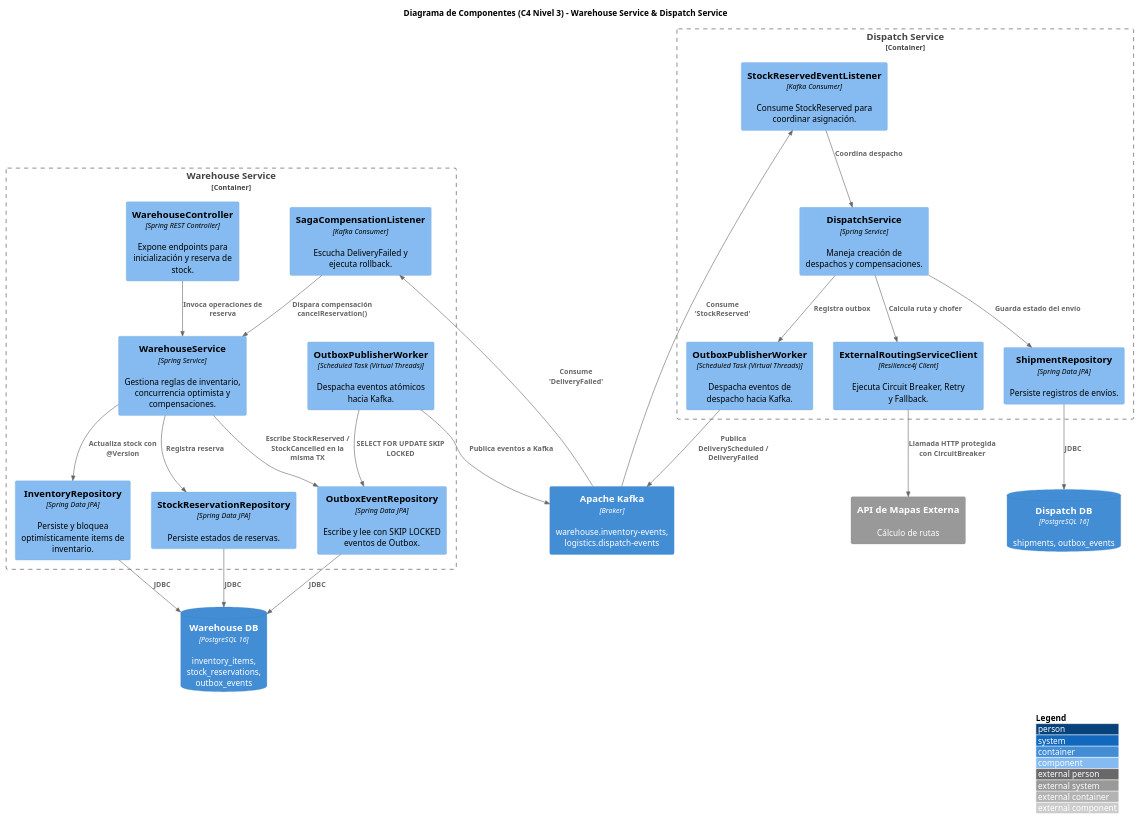
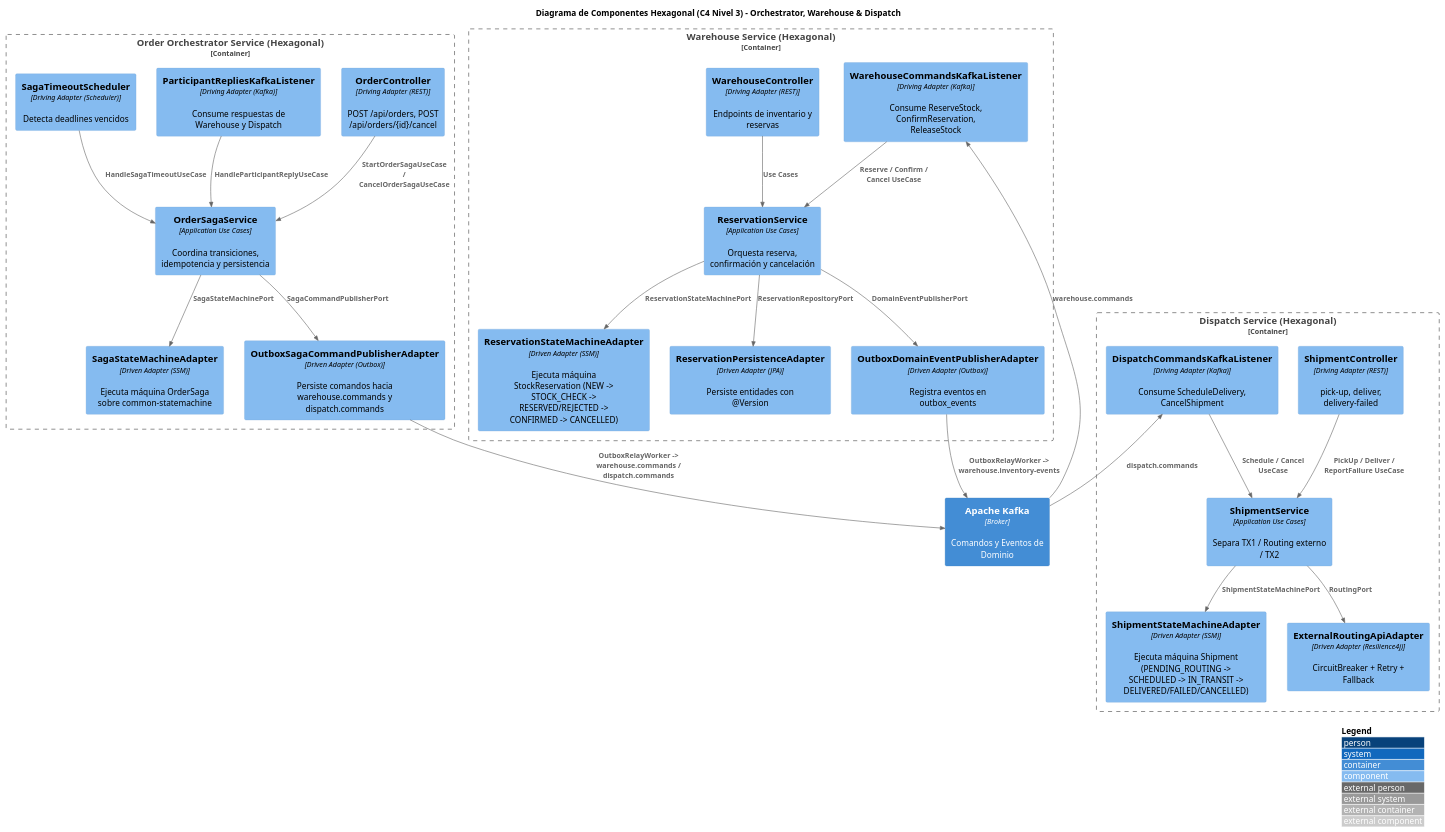
One commit to NoeliaRominaAcosta/ApexLogistica changed the diagram in docs/c4-model/components.puml. Above: the diagram before and after it, drawn with PlantUML. The commit also changed 215 other files, not shown here.

Commit message:
feat: implement Spring State Machine, hexagonal architecture, and orchestrated saga

```diff
--- a/docs/c4-model/components.puml
+++ b/docs/c4-model/components.puml
@@ -1,55 +1,57 @@
 @startuml FastDrop_C4_Components
 !include https://raw.githubusercontent.com/plantuml-stdlib/C4-PlantUML/master/C4_Component.puml
 
 LAYOUT_WITH_LEGEND()
 
-title Diagrama de Componentes (C4 Nivel 3) - Warehouse Service & Dispatch Service
+title Diagrama de Componentes Hexagonal (C4 Nivel 3) - Orchestrator, Warehouse & Dispatch
 
-Container_Boundary(warehouse_boundary, "Warehouse Service") {
-    Component(wh_controller, "WarehouseController", "Spring REST Controller", "Expone endpoints para inicialización y reserva de stock.")
-    Component(wh_service, "WarehouseService", "Spring Service", "Gestiona reglas de inventario, concurrencia optimista y compensaciones.")
-    Component(inv_repo, "InventoryRepository", "Spring Data JPA", "Persiste y bloquea optimísticamente items de inventario.")
-    Component(res_repo, "StockReservationRepository", "Spring Data JPA", "Persiste estados de reservas.")
-    Component(wh_outbox_repo, "OutboxEventRepository", "Spring Data JPA", "Escribe y lee con SKIP LOCKED eventos de Outbox.")
-    Component(wh_outbox_worker, "OutboxPublisherWorker", "Scheduled Task (Virtual Threads)", "Despacha eventos atómicos hacia Kafka.")
-    Component(wh_saga_listener, "SagaCompensationListener", "Kafka Consumer", "Escucha DeliveryFailed y ejecuta rollback.")
+Container_Boundary(orchestrator_boundary, "Order Orchestrator Service (Hexagonal)") {
+    Component(orch_in_rest, "OrderController", "Driving Adapter (REST)", "POST /api/orders, POST /api/orders/{id}/cancel")
+    Component(orch_in_kafka, "ParticipantRepliesKafkaListener", "Driving Adapter (Kafka)", "Consume respuestas de Warehouse y Dispatch")
+    Component(orch_in_sched, "SagaTimeoutScheduler", "Driving Adapter (Scheduler)", "Detecta deadlines vencidos")
+    Component(orch_app, "OrderSagaService", "Application Use Cases", "Coordina transiciones, idempotencia y persistencia")
+    Component(orch_sm_out, "SagaStateMachineAdapter", "Driven Adapter (SSM)", "Ejecuta máquina OrderSaga sobre common-statemachine")
+    Component(orch_outbox_out, "OutboxSagaCommandPublisherAdapter", "Driven Adapter (Outbox)", "Persiste comandos hacia warehouse.commands y dispatch.commands")
 }
 
-Container_Boundary(dispatch_boundary, "Dispatch Service") {
-    Component(disp_listener, "StockReservedEventListener", "Kafka Consumer", "Consume StockReserved para coordinar asignación.")
-    Component(disp_service, "DispatchService", "Spring Service", "Maneja creación de despachos y compensaciones.")
-    Component(routing_client, "ExternalRoutingServiceClient", "Resilience4j Client", "Ejecuta Circuit Breaker, Retry y Fallback.")
-    Component(shipment_repo, "ShipmentRepository", "Spring Data JPA", "Persiste registros de envíos.")
-    Component(disp_outbox_worker, "OutboxPublisherWorker", "Scheduled Task (Virtual Threads)", "Despacha eventos de despacho hacia Kafka.")
+Container_Boundary(warehouse_boundary, "Warehouse Service (Hexagonal)") {
+    Component(wh_in_kafka, "WarehouseCommandsKafkaListener", "Driving Adapter (Kafka)", "Consume ReserveStock, ConfirmReservation, ReleaseStock")
+    Component(wh_in_rest, "WarehouseController", "Driving Adapter (REST)", "Endpoints de inventario y reservas")
+    Component(wh_app, "ReservationService", "Application Use Cases", "Orquesta reserva, confirmación y cancelación")
+    Component(wh_sm_out, "ReservationStateMachineAdapter", "Driven Adapter (SSM)", "Ejecuta máquina StockReservation (NEW -> STOCK_CHECK -> RESERVED/REJECTED -> CONFIRMED -> CANCELLED)")
+    Component(wh_jpa_out, "ReservationPersistenceAdapter", "Driven Adapter (JPA)", "Persiste entidades con @Version")
+    Component(wh_outbox_out, "OutboxDomainEventPublisherAdapter", "Driven Adapter (Outbox)", "Registra eventos en outbox_events")
 }
 
-ContainerDb(warehouse_db, "Warehouse DB", "PostgreSQL 16", "inventory_items, stock_reservations, outbox_events")
-ContainerDb(dispatch_db, "Dispatch DB", "PostgreSQL 16", "shipments, outbox_events")
-Container(kafka_broker, "Apache Kafka", "Broker", "warehouse.inventory-events, logistics.dispatch-events")
-System_Ext(maps_api, "API de Mapas Externa", "Cálculo de rutas")
+Container_Boundary(dispatch_boundary, "Dispatch Service (Hexagonal)") {
+    Component(disp_in_kafka, "DispatchCommandsKafkaListener", "Driving Adapter (Kafka)", "Consume ScheduleDelivery, CancelShipment")
+    Component(disp_in_rest, "ShipmentController", "Driving Adapter (REST)", "pick-up, deliver, delivery-failed")
+    Component(disp_app, "ShipmentService", "Application Use Cases", "Separa TX1 / Routing externo / TX2")
+    Component(disp_sm_out, "ShipmentStateMachineAdapter", "Driven Adapter (SSM)", "Ejecuta máquina Shipment (PENDING_ROUTING -> SCHEDULED -> IN_TRANSIT -> DELIVERED/FAILED/CANCELLED)")
+    Component(disp_routing_out, "ExternalRoutingApiAdapter", "Driven Adapter (Resilience4j)", "CircuitBreaker + Retry + Fallback")
+}
 
-' Warehouse interacciones internas
-Rel(wh_controller, wh_service, "Invoca operaciones de reserva")
-Rel(wh_service, inv_repo, "Actualiza stock con @Version")
-Rel(wh_service, res_repo, "Registra reserva")
-Rel(wh_service, wh_outbox_repo, "Escribe StockReserved / StockCancelled en la misma TX")
-Rel(wh_outbox_worker, wh_outbox_repo, "SELECT FOR UPDATE SKIP LOCKED")
-Rel(wh_outbox_worker, kafka_broker, "Publica eventos a Kafka")
-Rel_Back(wh_saga_listener, kafka_broker, "Consume 'DeliveryFailed'")
-Rel(wh_saga_listener, wh_service, "Dispara compensación cancelReservation()")
+Container(kafka_broker, "Apache Kafka", "Broker", "Comandos y Eventos de Dominio")
 
-Rel(inv_repo, warehouse_db, "JDBC")
-Rel(res_repo, warehouse_db, "JDBC")
-Rel(wh_outbox_repo, warehouse_db, "JDBC")
+Rel(orch_in_rest, orch_app, "StartOrderSagaUseCase / CancelOrderSagaUseCase")
+Rel(orch_in_kafka, orch_app, "HandleParticipantReplyUseCase")
+Rel(orch_in_sched, orch_app, "HandleSagaTimeoutUseCase")
+Rel(orch_app, orch_sm_out, "SagaStateMachinePort")
+Rel(orch_app, orch_outbox_out, "SagaCommandPublisherPort")
+Rel(orch_outbox_out, kafka_broker, "OutboxRelayWorker -> warehouse.commands / dispatch.commands")
 
-' Dispatch interacciones internas
-Rel_Back(disp_listener, kafka_broker, "Consume 'StockReserved'")
-Rel(disp_listener, disp_service, "Coordina despacho")
-Rel(disp_service, routing_client, "Calcula ruta y chofer")
-Rel(routing_client, maps_api, "Llamada HTTP protegida con CircuitBreaker")
-Rel(disp_service, shipment_repo, "Guarda estado del envío")
-Rel(disp_service, disp_outbox_worker, "Registra outbox")
-Rel(disp_outbox_worker, kafka_broker, "Publica DeliveryScheduled / DeliveryFailed")
-Rel(shipment_repo, dispatch_db, "JDBC")
+Rel_Back(wh_in_kafka, kafka_broker, "warehouse.commands")
+Rel(wh_in_kafka, wh_app, "Reserve / Confirm / Cancel UseCase")
+Rel(wh_in_rest, wh_app, "Use Cases")
+Rel(wh_app, wh_sm_out, "ReservationStateMachinePort")
+Rel(wh_app, wh_jpa_out, "ReservationRepositoryPort")
+Rel(wh_app, wh_outbox_out, "DomainEventPublisherPort")
+Rel(wh_outbox_out, kafka_broker, "OutboxRelayWorker -> warehouse.inventory-events")
+
+Rel_Back(disp_in_kafka, kafka_broker, "dispatch.commands")
+Rel(disp_in_kafka, disp_app, "Schedule / Cancel UseCase")
+Rel(disp_in_rest, disp_app, "PickUp / Deliver / ReportFailure UseCase")
+Rel(disp_app, disp_sm_out, "ShipmentStateMachinePort")
+Rel(disp_app, disp_routing_out, "RoutingPort")
 
 @enduml
```
